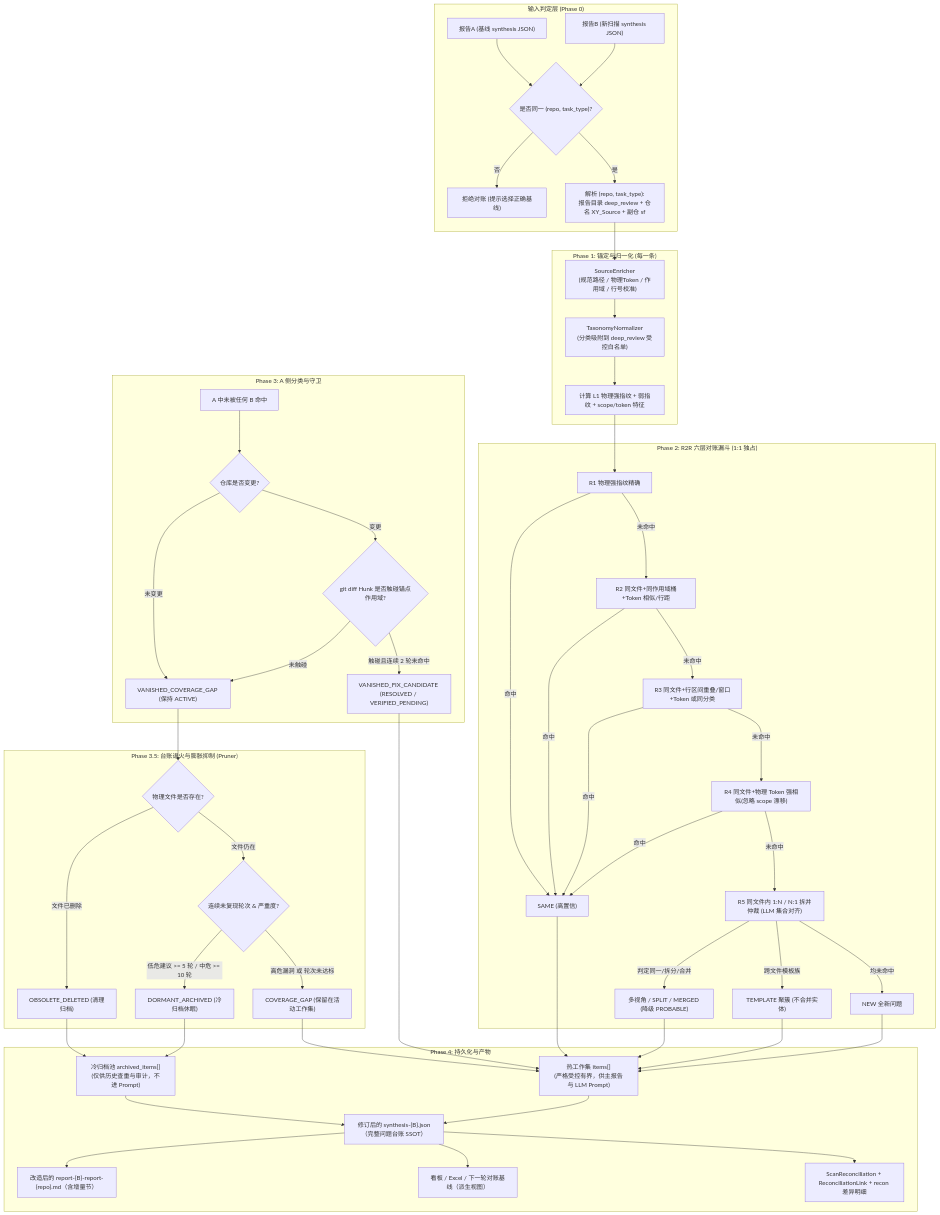
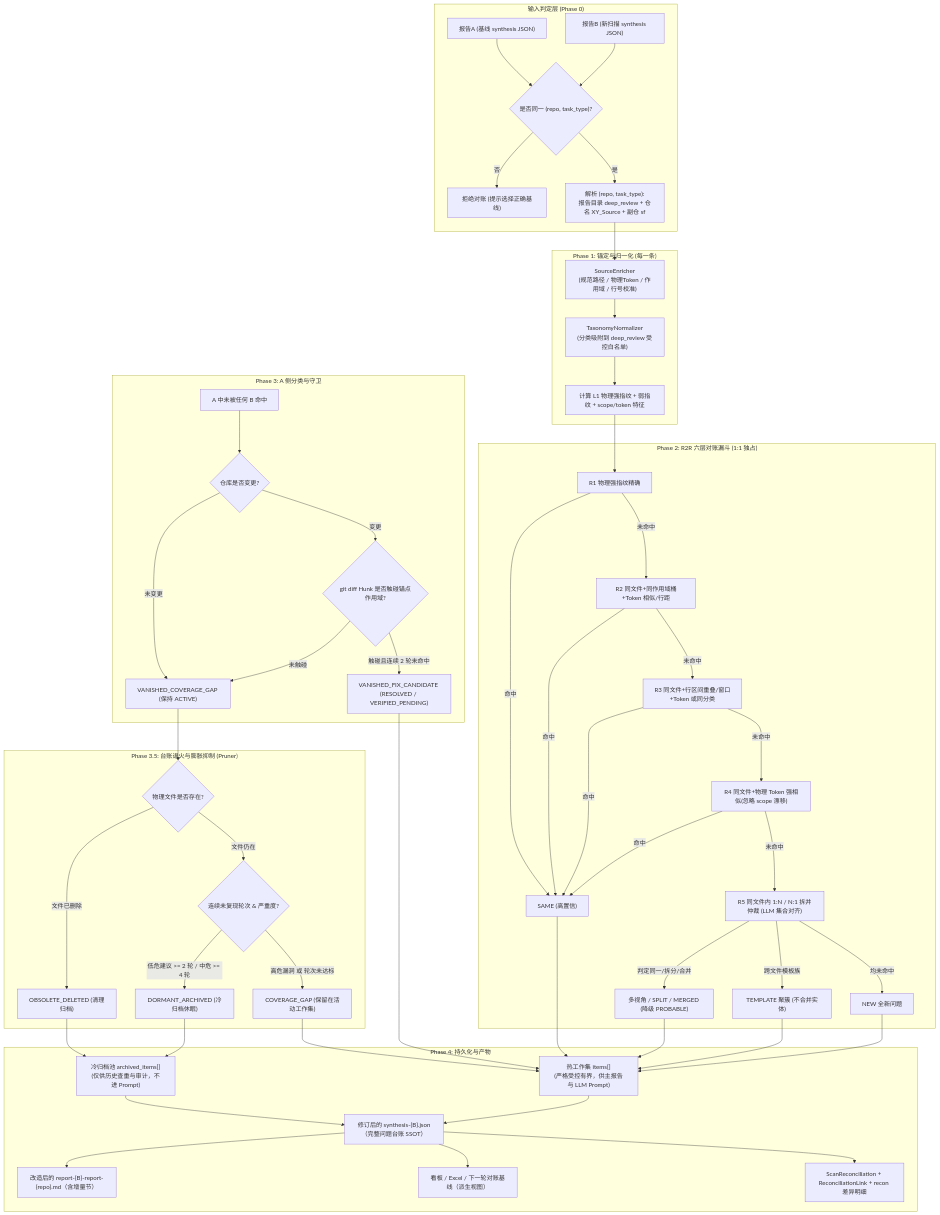
Before and after one commit to fugui/code-shield: the first of 2 diagrams in docs/deterministic-fingerprint-architecture/05-同一代码仓多次扫描问题清单的系统化对账与增量治理架构设计.md, drawn with Mermaid. The commit also changed other lines of this file, not shown here.

````diff
--- a/docs/deterministic-fingerprint-architecture/05-同一代码仓多次扫描问题清单的系统化对账与增量治理架构设计.md
+++ b/docs/deterministic-fingerprint-architecture/05-同一代码仓多次扫描问题清单的系统化对账与增量治理架构设计.md
@@ -80,55 +80,55 @@
 ```mermaid
 flowchart TB
     subgraph Inputs["输入判定层 (Phase 0)"]
         A["报告A (基线 synthesis JSON)"] --> C{"是否同一 (repo, task_type)?"}
         B["报告B (新扫描 synthesis JSON)"] --> C
         C -->|否| ABORT["拒绝对账 (提示选择正确基线)"]
         C -->|是| D["解析 (repo, task_type):\n报告目录 deep_review + 仓名 XY_Source + 副仓 sf"]
     end
 
     subgraph Phase1["Phase 1: 锚定与归一化 (每一条)"]
         D --> E["SourceEnricher\n(规范路径 / 物理Token / 作用域 / 行号校准)"]
         E --> F["TaxonomyNormalizer\n(分类吸附到 deep_review 受控白名单)"]
         F --> G["计算 L1 物理强指纹 + 弱指纹 + scope/token 特征"]
     end
 
     subgraph Phase2["Phase 2: R2R 六层对账漏斗 (1:1 独占)"]
         G --> H["R1 物理强指纹精确"]
         H -->|命中| SAME["SAME (高置信)"]
         H -->|未命中| I["R2 同文件+同作用域桶+Token 相似/行距"]
         I -->|命中| SAME
         I -->|未命中| J["R3 同文件+行区间重叠/窗口+Token 或同分类"]
         J -->|命中| SAME
         J -->|未命中| K["R4 同文件+物理 Token 强相似(忽略 scope 漂移)"]
         K -->|命中| SAME
         K -->|未命中| L["R5 同文件内 1:N / N:1 拆并仲裁 (LLM 集合对齐)"]
         L -->|判定同一/拆分/合并| REL["多视角 / SPLIT / MERGED (降级 PROBABLE)"]
         L -->|跨文件模板族| TEMPLATE["TEMPLATE 聚簇 (不合并实体)"]
         L -->|均未命中| NEW["NEW 全新问题"]
     end
 
     subgraph Phase3["Phase 3: A 侧分类与守卫"]
         NewList["A 中未被任何 B 命中"] --> AV{"仓库是否变更?"}
         AV -->|未变更| GAP["VANISHED_COVERAGE_GAP (保持 ACTIVE)"]
         AV -->|变更| HIT{"git diff Hunk 是否触碰锚点作用域?"}
         HIT -->|未触碰| GAP
         HIT -->|"触碰且连续 2 轮未命中"| FIX["VANISHED_FIX_CANDIDATE (RESOLVED / VERIFIED_PENDING)"]
     end
 
     subgraph Phase3_5["Phase 3.5: 台账退火与膨胀抑制 (Pruner)"]
         GAP --> DEL{"物理文件是否存在?"}
         DEL -->|"文件已删除"| OBS["OBSOLETE_DELETED (清理归档)"]
         DEL -->|"文件仍在"| ANN{"连续未复现轮次 & 严重度?"}
-        ANN -->|"低危建议 >= 5 轮 / 中危 >= 10 轮"| DORMANT["DORMANT_ARCHIVED (冷归档休眠)"]
+        ANN -->|"低危建议 >= 2 轮 / 中危 >= 4 轮"| DORMANT["DORMANT_ARCHIVED (冷归档休眠)"]
         ANN -->|"高危漏洞 或 轮次未达标"| ACTIVE_GAP["COVERAGE_GAP (保留在活动工作集)"]
     end
 
     subgraph Phase4["Phase 4: 持久化与产物"]
         SAME & NEW & REL & TEMPLATE & FIX & ACTIVE_GAP --> ITEMS["热工作集 items[]\n(严格受控有界，供主报告与 LLM Prompt)"]
         DORMANT & OBS --> ARCHIVE["冷归档池 archived_items[]\n(仅供历史查重与审计，不进 Prompt)"]
         ITEMS & ARCHIVE --> SYN["修订后的 synthesis-{B}.json（完整问题台账 SSOT）"]
         SYN --> MD["改造后的 report-{B}-report-{repo}.md（含增量节）"]
         SYN --> CONS["看板 / Excel / 下一轮对账基线（派生视图）"]
         SYN --> DB["ScanReconciliation + ReconciliationLink + recon 差异明细"]
     end
 ```
````
